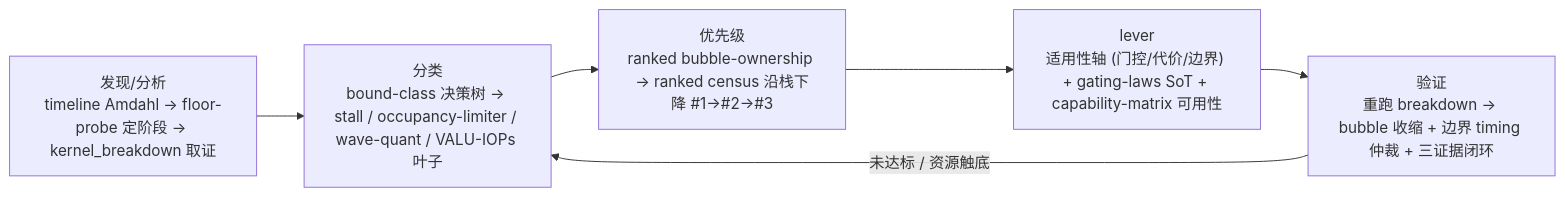
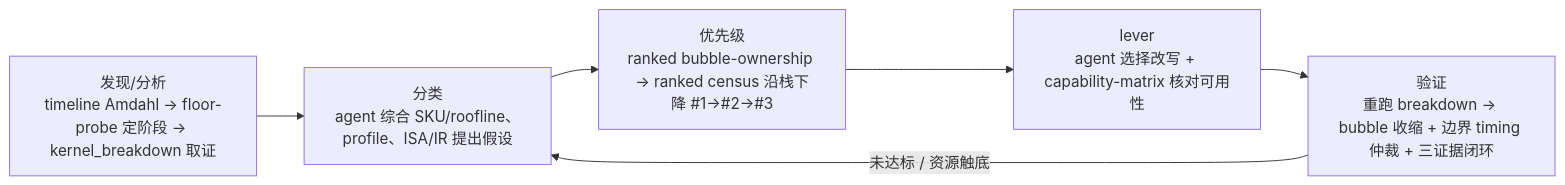
The diagram in perf_knowledge/expert_skills/skills/gluon_authoring/references/hardware/bound-class-signals.md (AMD-AGI/GEAK), drawn with Mermaid before and after one commit. The commit also changed other lines of this file and 13 other files, not shown here.

````diff
--- a/perf_knowledge/expert_skills/skills/gluon_authoring/references/hardware/bound-class-signals.md
+++ b/perf_knowledge/expert_skills/skills/gluon_authoring/references/hardware/bound-class-signals.md
@@ -72,10 +70,10 @@
 ```mermaid
 flowchart LR
   D["发现/分析<br/>timeline Amdahl → floor-probe 定阶段 → kernel_breakdown 取证"]
-  C["分类<br/>bound-class 决策树 → stall / occupancy-limiter / wave-quant / VALU-IOPs 叶子"]
+  C["分类<br/>agent 综合 SKU/roofline、profile、ISA/IR 提出假设"]
   P["优先级<br/>ranked bubble-ownership → ranked census 沿栈下降 #1→#2→#3"]
-  L["lever<br/>适用性轴 (门控/代价/边界) + gating-laws SoT + capability-matrix 可用性"]
+  L["lever<br/>agent 选择改写 + capability-matrix 核对可用性"]
   V["验证<br/>重跑 breakdown → bubble 收缩 + 边界 timing 仲裁 + 三证据闭环"]
   D --> C --> P --> L --> V
   V -->|未达标 / 资源触底| C
 ```
````
